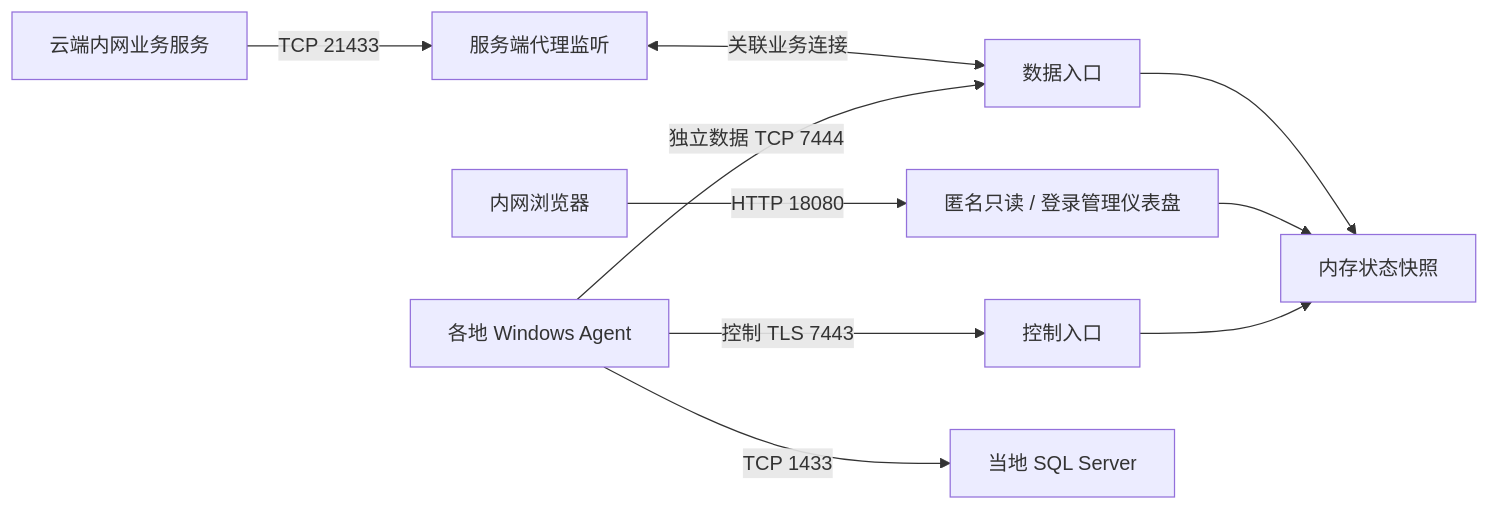
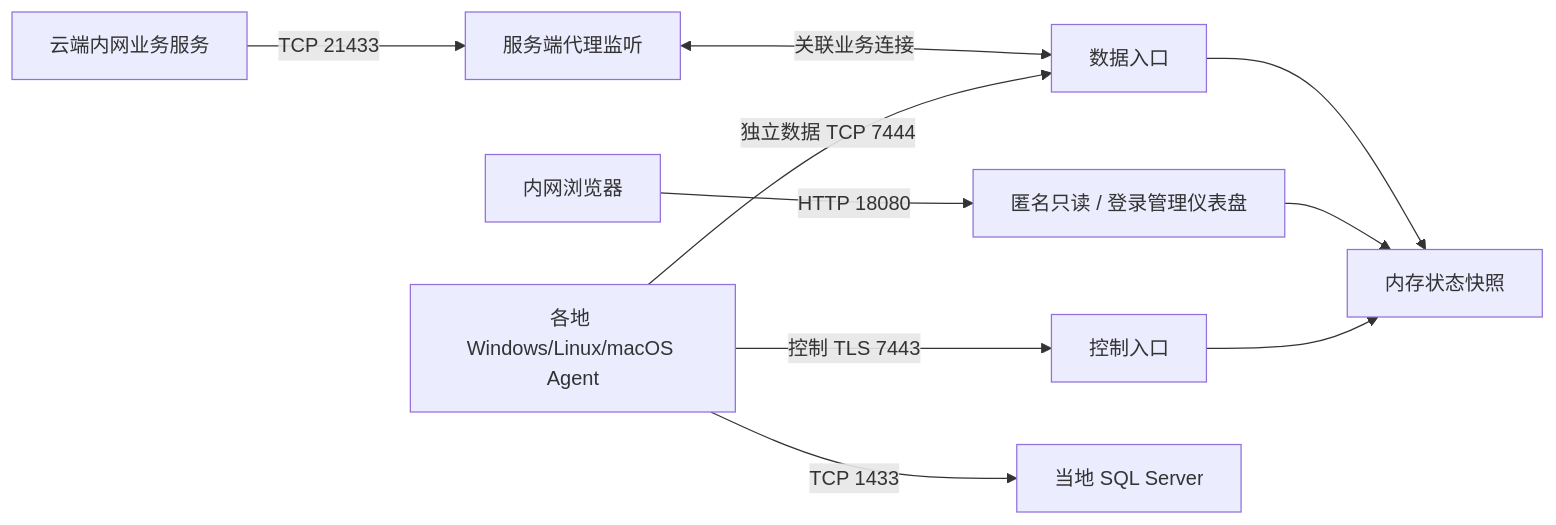
The first of 3 diagrams in docs/design/technical-design.md (LazyWorkshopCreate/RelayLink), drawn with Mermaid before and after one commit. The commit also changed other lines of this file and 30 other files, not shown here.

````diff
--- a/docs/design/technical-design.md
+++ b/docs/design/technical-design.md
@@ -42,12 +42,12 @@
 ```mermaid
 flowchart LR
     App[云端内网业务服务] -->|TCP 21433| Proxy[服务端代理监听]
     Browser[内网浏览器] -->|HTTP 18080| Web[匿名只读 / 登录管理仪表盘]
-    Agent[各地 Windows Agent] -->|控制 TLS 7443| Control[控制入口]
+    Agent[各地 Windows/Linux/macOS Agent] -->|控制 TLS 7443| Control[控制入口]
     Agent -->|独立数据 TCP 7444| Data[数据入口]
     Control --> State
     Proxy <-->|关联业务连接| Data
     Agent -->|TCP 1433| SQL[当地 SQL Server]
     Web --> State[内存状态快照]
     Data --> State
 ```
````
